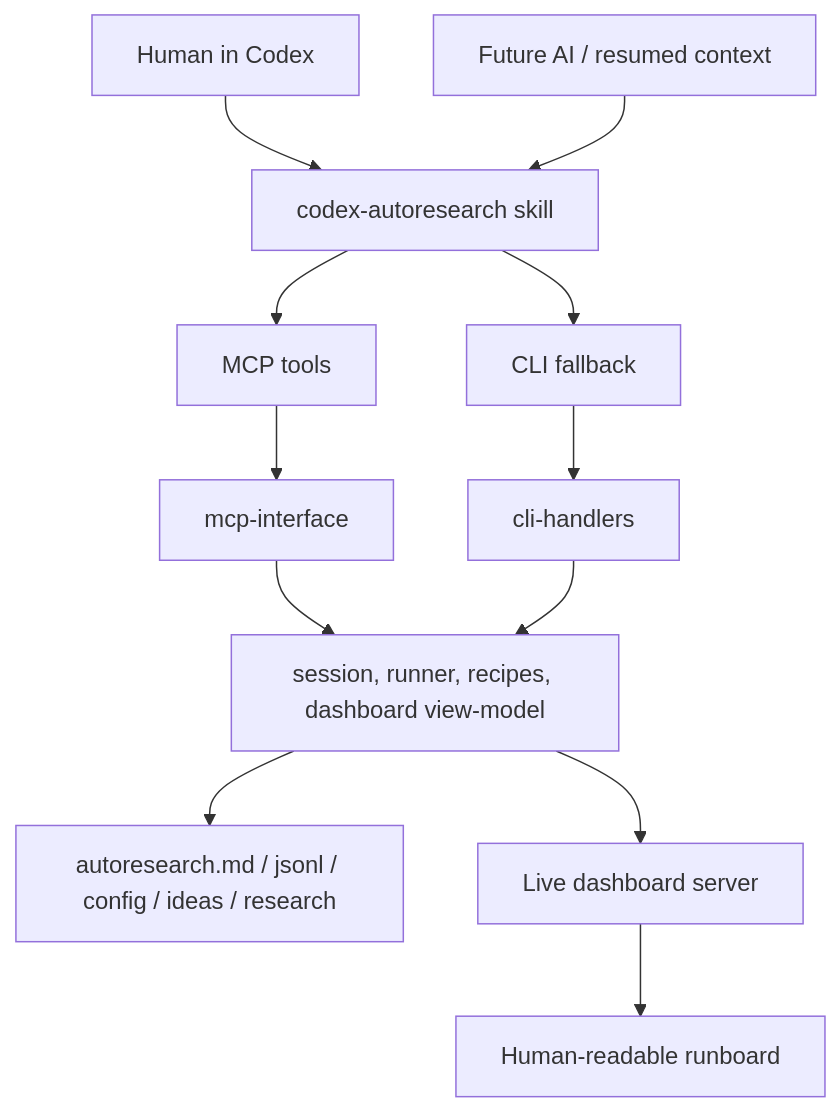
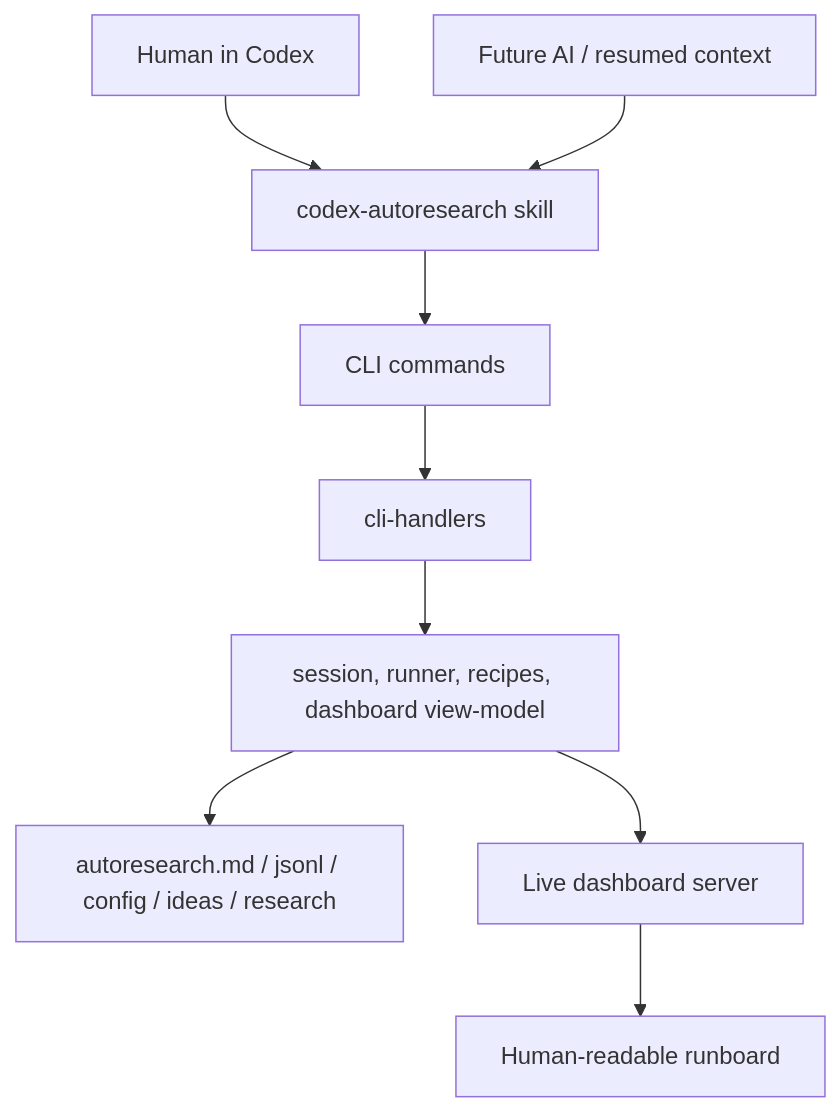
Before and after one commit to TheGreenCedar/codex-autoresearch: the first of 5 diagrams in plugins/codex-autoresearch/docs/architecture.md, drawn with Mermaid. The commit also changed other lines of this file and 46 other files, not shown here.

````diff
--- a/plugins/codex-autoresearch/docs/architecture.md
+++ b/plugins/codex-autoresearch/docs/architecture.md
@@ -7,14 +7,11 @@
 ```mermaid
 flowchart TD
   U["Human in Codex"] --> S["codex-autoresearch skill"]
   A["Future AI / resumed context"] --> S
-  S --> MCP["MCP tools"]
-  S --> CLI["CLI fallback"]
-  MCP --> C["mcp-interface"]
+  S --> CLI["CLI commands"]
   CLI --> H["cli-handlers"]
-  C --> Core["session, runner, recipes, dashboard view-model"]
-  H --> Core
+  H --> Core["session, runner, recipes, dashboard view-model"]
   Core --> Files["autoresearch.md / jsonl / config / ideas / research"]
   Core --> Dash["Live dashboard server"]
   Dash --> Browser["Human-readable runboard"]
 ```
````
